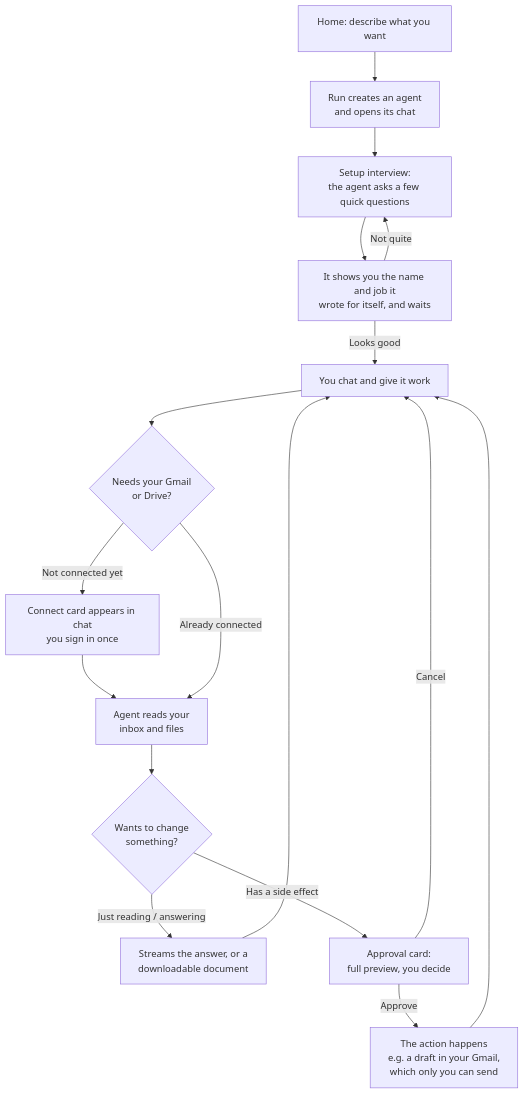
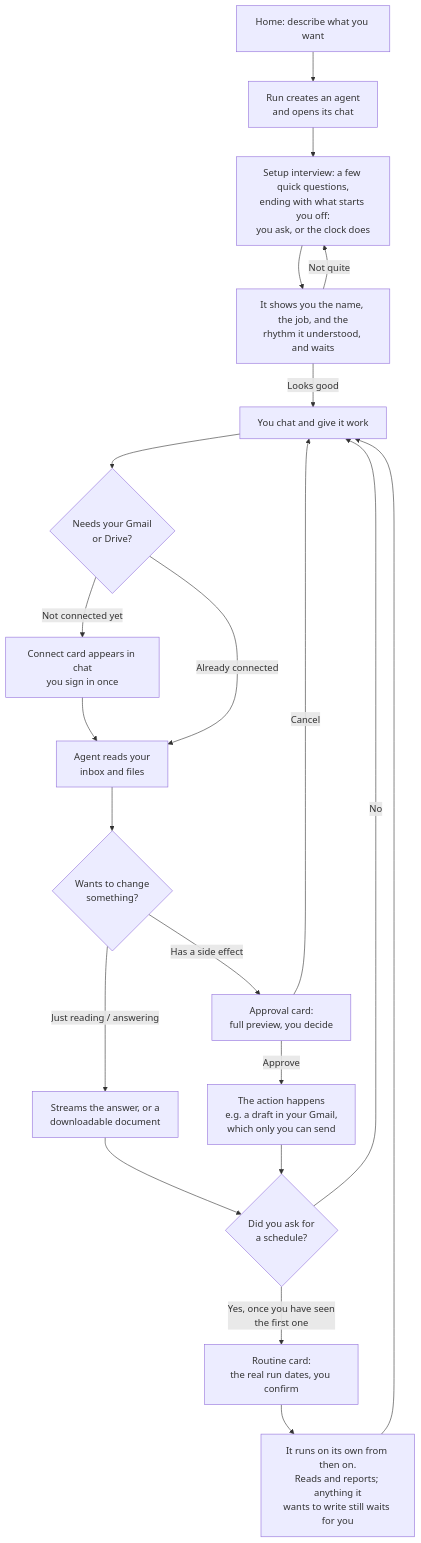
The first of 2 diagrams in README.md (choongching/run), drawn with Mermaid before and after one commit. The commit also changed other lines of this file, not shown here.

First line of the commit message:
Say in the README what an agent can actually do (#222)

````diff
--- a/README.md
+++ b/README.md
@@ -31,19 +34,23 @@
 ```mermaid
 flowchart TD
     A["Home: describe what you want"] --> B["Run creates an agent<br/>and opens its chat"]
-    B --> C["Setup interview:<br/>the agent asks a few quick questions"]
-    C --> R["It shows you the name and job it<br/>wrote for itself, and waits"]
+    B --> C["Setup interview: a few quick questions,<br/>ending with what starts you off:<br/>you ask, or the clock does"]
+    C --> R["It shows you the name, the job, and the<br/>rhythm it understood, and waits"]
     R -->|Not quite| C
     R -->|Looks good| D["You chat and give it work"]
     D --> E{"Needs your Gmail<br/>or Drive?"}
     E -->|Not connected yet| F["Connect card appears in chat<br/>you sign in once"]
     F --> G
     E -->|Already connected| G["Agent reads your<br/>inbox and files"]
     G --> H{"Wants to change<br/>something?"}
     H -->|Just reading / answering| J["Streams the answer, or a<br/>downloadable document"]
     H -->|Has a side effect| I["Approval card:<br/>full preview, you decide"]
     I -->|Approve| K["The action happens<br/>e.g. a draft in your Gmail,<br/>which only you can send"]
     I -->|Cancel| D
-    J --> D
-    K --> D
+    J --> S
+    K --> S{"Did you ask for<br/>a schedule?"}
+    S -->|No| D
+    S -->|Yes, once you have seen<br/>the first one| T["Routine card:<br/>the real run dates, you confirm"]
+    T --> V["It runs on its own from then on.<br/>Reads and reports; anything it<br/>wants to write still waits for you"]
+    V --> D
 ```
````
